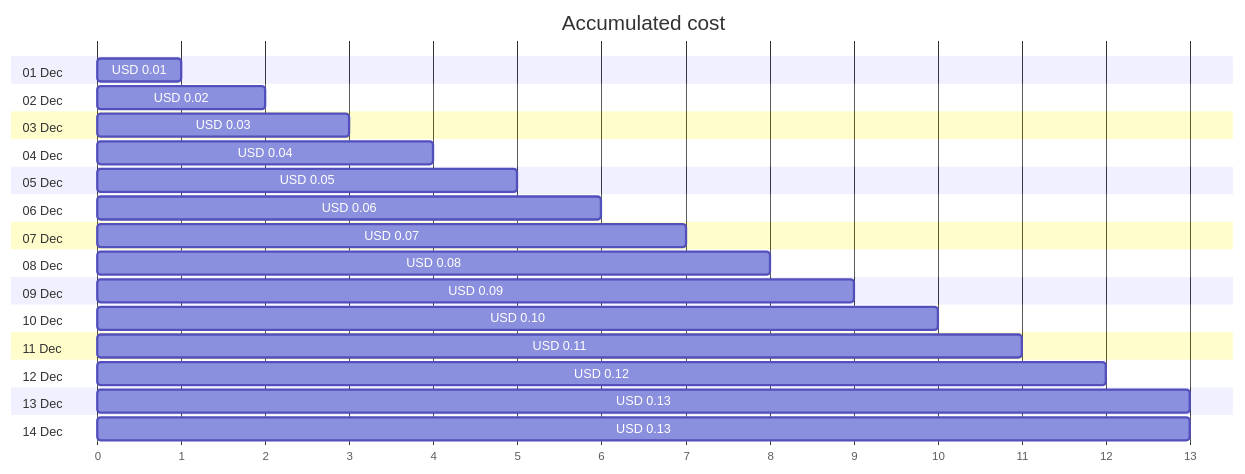
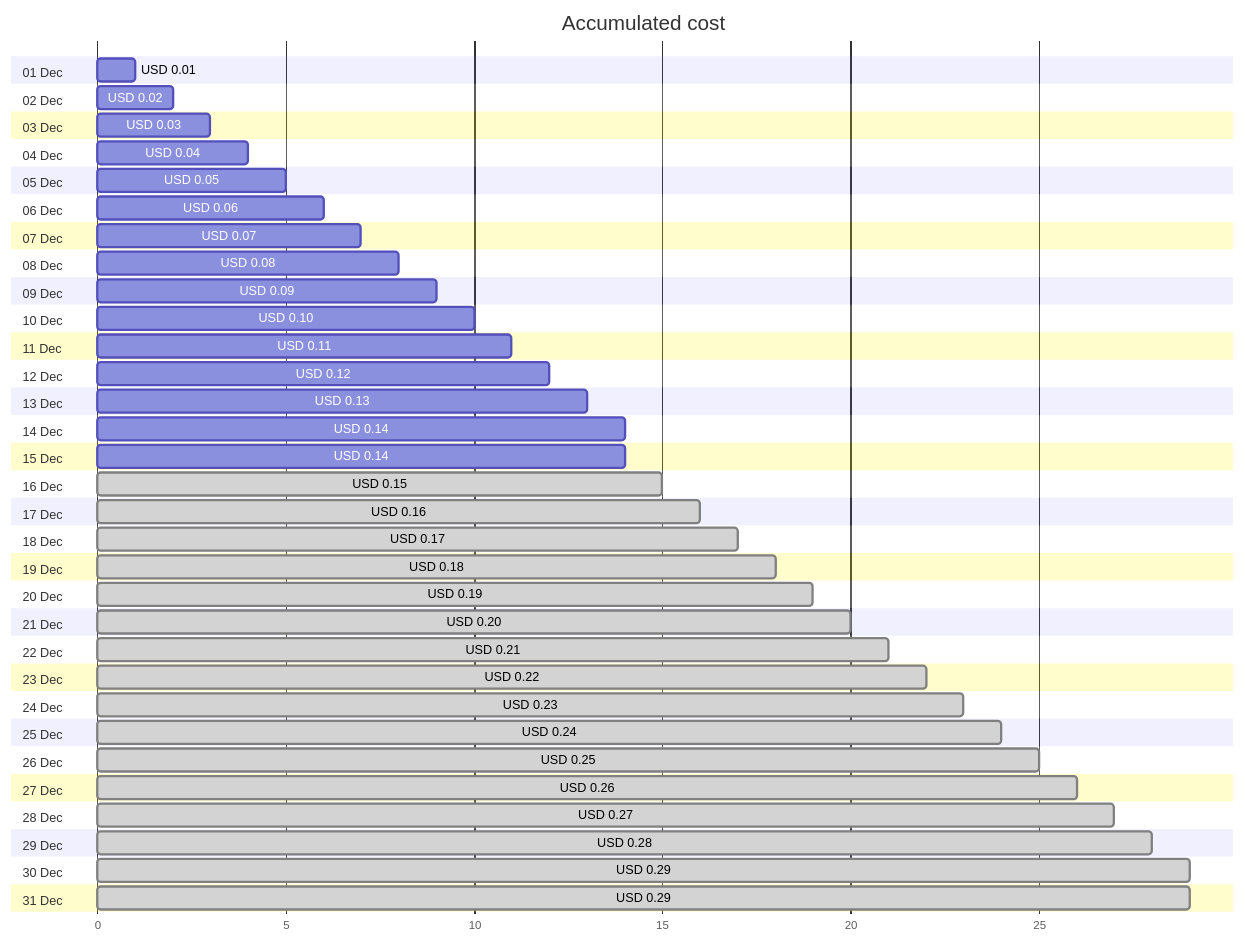
Before and after one commit to jpfulton/azure-personal-reports: the first of 4 diagrams in cost-reports/cloud-shell-storage-eastus/README.md, drawn with Mermaid. The commit also changed other lines of this file and 1 other file, not shown here.

Commit message:
Generated reports [skip ci]

````diff
--- a/cost-reports/cloud-shell-storage-eastus/README.md
+++ b/cost-reports/cloud-shell-storage-eastus/README.md
@@ -20,34 +20,68 @@
 ```mermaid
 gantt
    title Accumulated cost
    dateFormat  X
    axisFormat %s
    section 01 Dec
    USD 0.01 :0, 1
    section 02 Dec
    USD 0.02 :0, 2
    section 03 Dec
    USD 0.03 :0, 3
    section 04 Dec
    USD 0.04 :0, 4
    section 05 Dec
    USD 0.05 :0, 5
    section 06 Dec
    USD 0.06 :0, 6
    section 07 Dec
    USD 0.07 :0, 7
    section 08 Dec
    USD 0.08 :0, 8
    section 09 Dec
    USD 0.09 :0, 9
    section 10 Dec
    USD 0.10 :0, 10
    section 11 Dec
    USD 0.11 :0, 11
    section 12 Dec
    USD 0.12 :0, 12
    section 13 Dec
    USD 0.13 :0, 13
    section 14 Dec
-   USD 0.13 :0, 13
+   USD 0.14 :0, 14
+   section 15 Dec
+   USD 0.14 :0, 14
+   section 16 Dec
+   USD 0.15 : done, 0, 15
+   section 17 Dec
+   USD 0.16 : done, 0, 16
+   section 18 Dec
+   USD 0.17 : done, 0, 17
+   section 19 Dec
+   USD 0.18 : done, 0, 18
+   section 20 Dec
+   USD 0.19 : done, 0, 19
+   section 21 Dec
+   USD 0.20 : done, 0, 20
+   section 22 Dec
+   USD 0.21 : done, 0, 21
+   section 23 Dec
+   USD 0.22 : done, 0, 22
+   section 24 Dec
+   USD 0.23 : done, 0, 23
+   section 25 Dec
+   USD 0.24 : done, 0, 24
+   section 26 Dec
+   USD 0.25 : done, 0, 25
+   section 27 Dec
+   USD 0.26 : done, 0, 26
+   section 28 Dec
+   USD 0.27 : done, 0, 27
+   section 29 Dec
+   USD 0.28 : done, 0, 28
+   section 30 Dec
+   USD 0.29 : done, 0, 29
+   section 31 Dec
+   USD 0.29 : done, 0, 29
 ```
````
